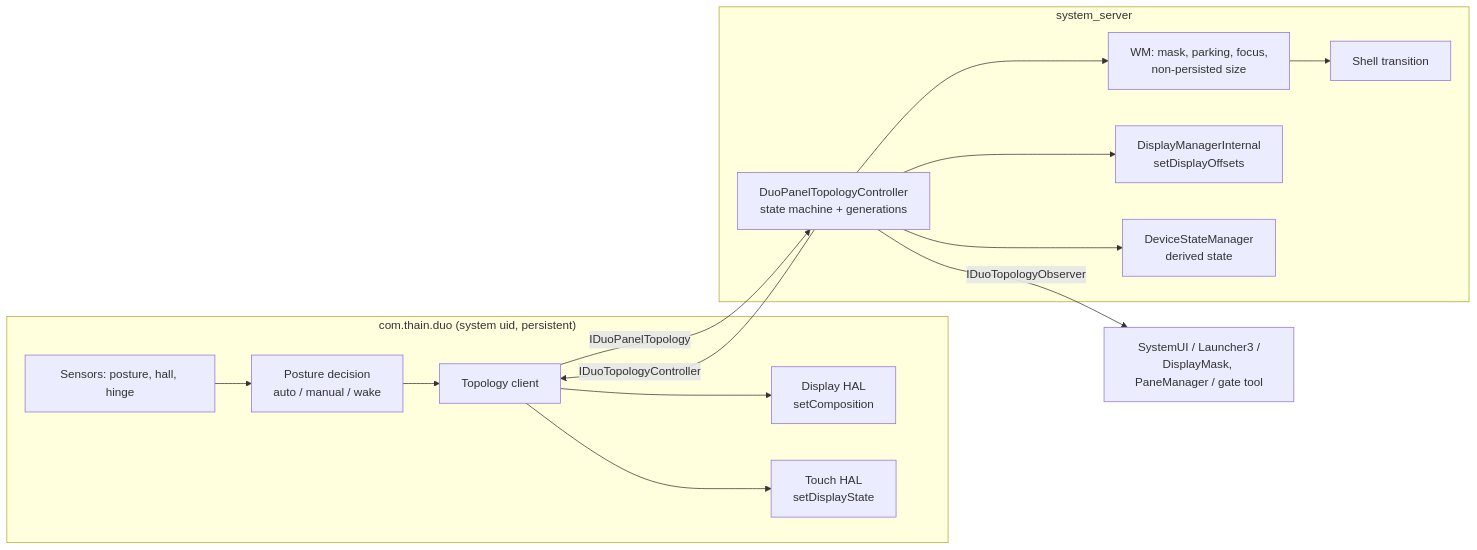
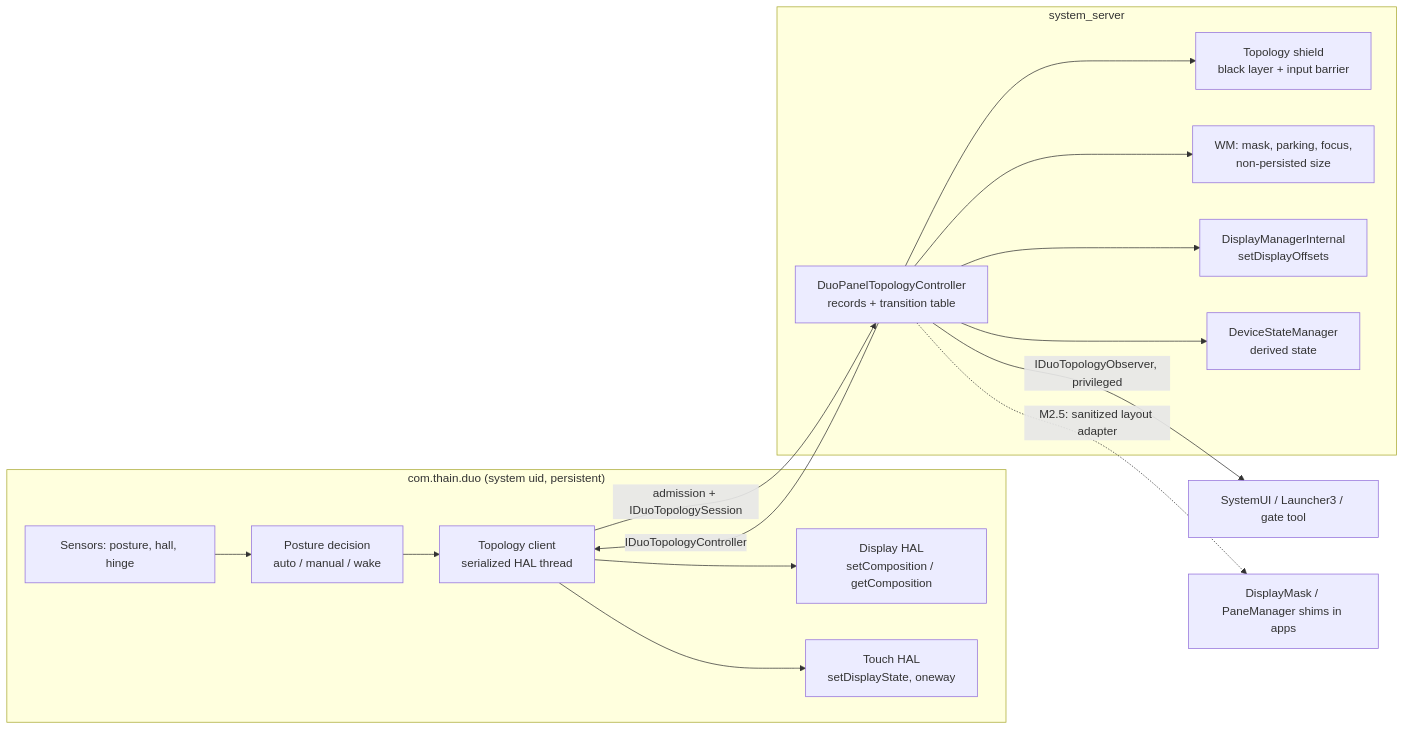
One commit to nvillar/duo-de changed the first of 2 diagrams in docs/m2.1-topology-protocol.md. Above: the diagram before and after it, drawn with Mermaid. The commit also changed other lines of this file and 1 other file, not shown here.

First line of the commit message:
Docs: M2.1 topology protocol revision 2 (Astra review)

````diff
--- a/docs/m2.1-topology-protocol.md
+++ b/docs/m2.1-topology-protocol.md
@@ -46,19 +71,20 @@
 ```mermaid
 flowchart LR
   subgraph posture["com.thain.duo (system uid, persistent)"]
     S[Sensors: posture, hall, hinge] --> D[Posture decision\nauto / manual / wake]
-    D --> C[Topology client]
-    C --> H1[Display HAL\nsetComposition]
-    C --> H2[Touch HAL\nsetDisplayState]
+    D --> C[Topology client\nserialized HAL thread]
+    C --> H1[Display HAL\nsetComposition / getComposition]
+    C --> H2[Touch HAL\nsetDisplayState, oneway]
   end
   subgraph ss["system_server"]
-    O[DuoPanelTopologyController\nstate machine + generations]
+    O[DuoPanelTopologyController\nrecords + transition table]
+    O --> SH[Topology shield\nblack layer + input barrier]
     O --> W[WM: mask, parking, focus,\nnon-persisted size]
     O --> M[DisplayManagerInternal\nsetDisplayOffsets]
     O --> DS[DeviceStateManager\nderived state]
-    W --> T[Shell transition]
   end
-  C -- IDuoPanelTopology --> O
-  O -- IDuoTopologyController --> C
-  O -- IDuoTopologyObserver --> X[SystemUI / Launcher3 /\nDisplayMask, PaneManager / gate tool]
+  C -->|"admission + IDuoTopologySession"| O
+  O -->|"IDuoTopologyController"| C
+  O -->|"IDuoTopologyObserver, privileged"| X[SystemUI / Launcher3 / gate tool]
+  O -.->|"M2.5: sanitized layout adapter"| Y[DisplayMask / PaneManager shims in apps]
 ```
````
